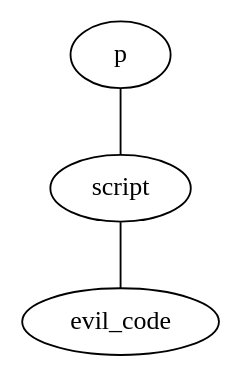
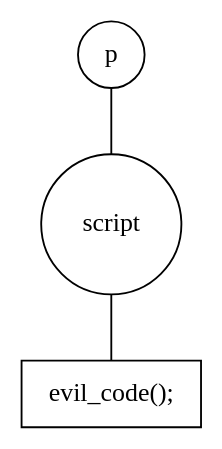
The fourth of 5 diagrams in 2013-rulu/presentation.md (plexus/conf-talks), drawn with Graphviz before and after one commit. The commit also changed other lines of this file and 6 other files, not shown here.

`````diff
--- a/2013-rulu/presentation.md
+++ b/2013-rulu/presentation.md
@@ -199,6 +405,9 @@
 ````dot
 graph para {
+  p[shape="circle"];
+  script[shape="circle"];
+  evil_code[label="evil_code();" shape="box"];
   p -- script;
   script -- evil_code;
 }
 ````
`````
